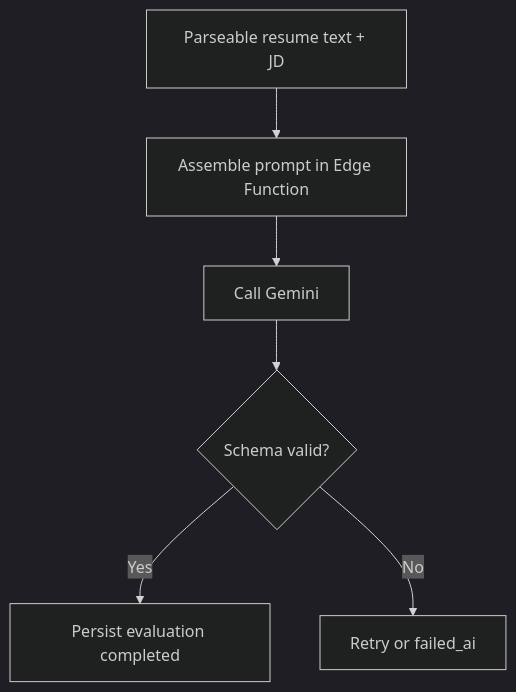
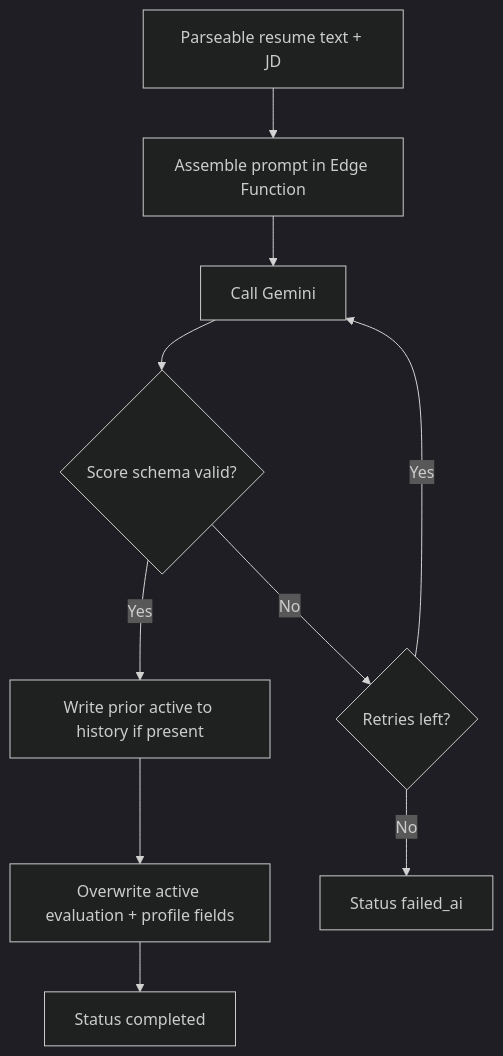
Before and after one commit to VishnuVardhan-CH-2022/resume-rank-ai-dev: the eighth of 11 diagrams in docs/01-requirements/03-Software-Requirements-Specification.md, drawn with Mermaid (dark theme). The commit also changed other lines of this file and 3 other files, not shown here.

````diff
--- a/docs/01-requirements/03-Software-Requirements-Specification.md
+++ b/docs/01-requirements/03-Software-Requirements-Specification.md
@@ -732,8 +886,12 @@
 ```mermaid
 flowchart TD
   A[Parseable resume text + JD] --> B[Assemble prompt in Edge Function]
   B --> C[Call Gemini]
-  C --> D{Schema valid?}
-  D -->|Yes| E[Persist evaluation completed]
-  D -->|No| F[Retry or failed_ai]
+  C --> D{Score schema valid?}
+  D -->|Yes| E[Write prior active to history if present]
+  E --> F[Overwrite active evaluation + profile fields]
+  F --> G[Status completed]
+  D -->|No| H{Retries left?}
+  H -->|Yes| C
+  H -->|No| I[Status failed_ai]
 ```
````
